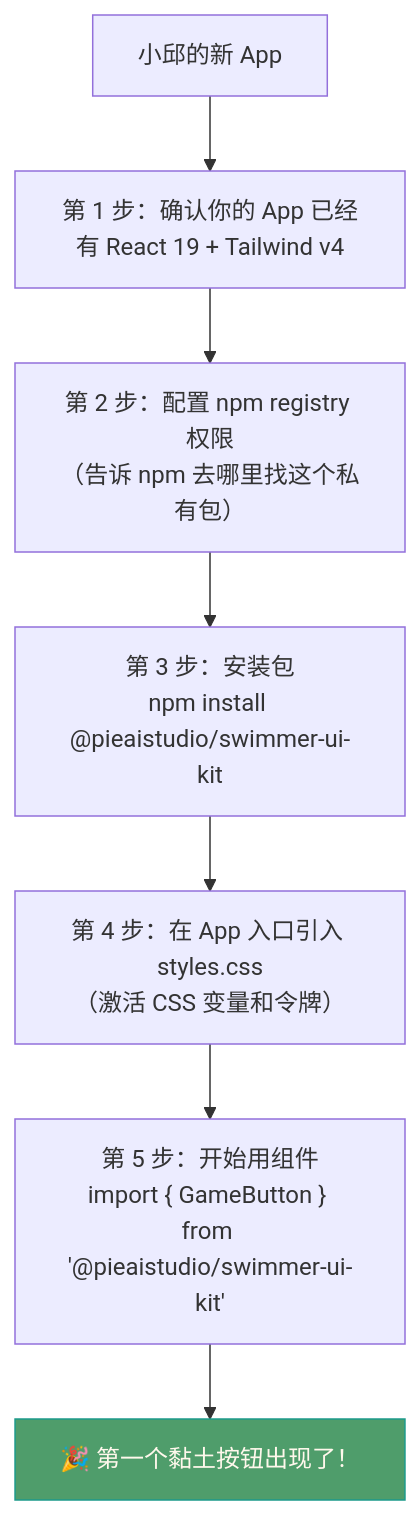
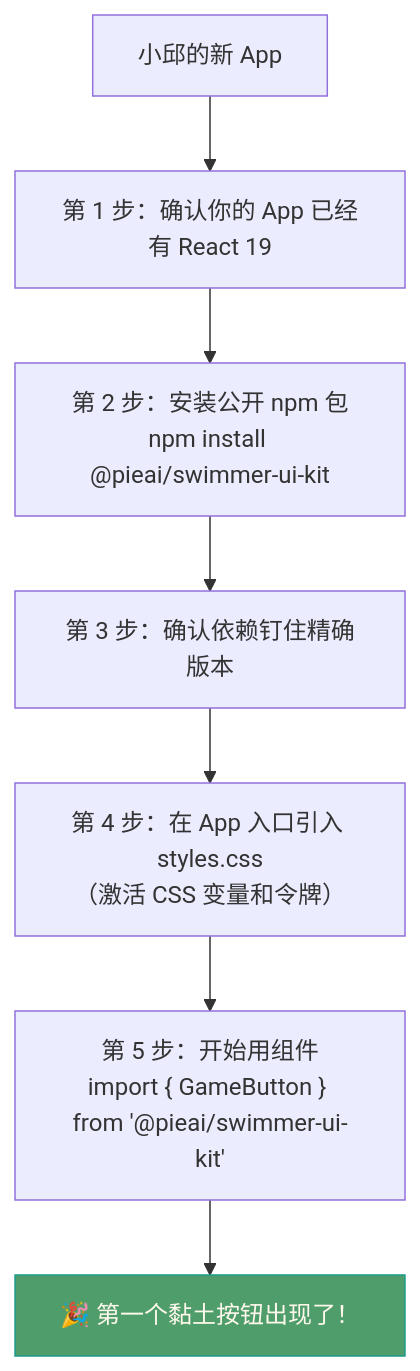
One commit to PieAIStudio/SwimmerUIKit changed the first of 5 diagrams in doc/LearningFrom0/04-use-in-new-app.md. Above: the diagram before and after it, drawn with Mermaid. The commit also changed other lines of this file and 16 other files, not shown here.

````diff
--- a/doc/LearningFrom0/04-use-in-new-app.md
+++ b/doc/LearningFrom0/04-use-in-new-app.md
@@ -24,12 +24,12 @@
 ```mermaid
 graph TD
     START["小邱的新 App"] 
-    START --> STEP1["第 1 步：确认你的 App 已经有 React 19 + Tailwind v4"]
-    STEP1 --> STEP2["第 2 步：配置 npm registry 权限\n（告诉 npm 去哪里找这个私有包）"]
-    STEP2 --> STEP3["第 3 步：安装包\nnpm install @pieaistudio/swimmer-ui-kit"]
+    START --> STEP1["第 1 步：确认你的 App 已经有 React 19"]
+    STEP1 --> STEP2["第 2 步：安装公开 npm 包\nnpm install @pieai/swimmer-ui-kit"]
+    STEP2 --> STEP3["第 3 步：确认依赖钉住精确版本"]
     STEP3 --> STEP4["第 4 步：在 App 入口引入 styles.css\n（激活 CSS 变量和令牌）"]
-    STEP4 --> STEP5["第 5 步：开始用组件\nimport { GameButton } from '@pieaistudio/swimmer-ui-kit'"]
+    STEP4 --> STEP5["第 5 步：开始用组件\nimport { GameButton } from '@pieai/swimmer-ui-kit'"]
     STEP5 --> DONE["🎉 第一个黏土按钮出现了！"]
 
     style DONE fill:#4f9d6b,stroke:#1d9a8b,color:#fff8ec
 ```
````
